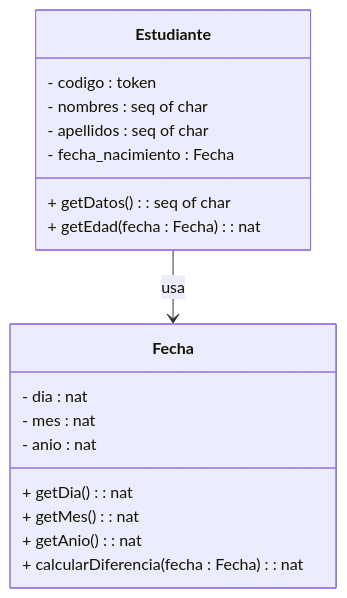
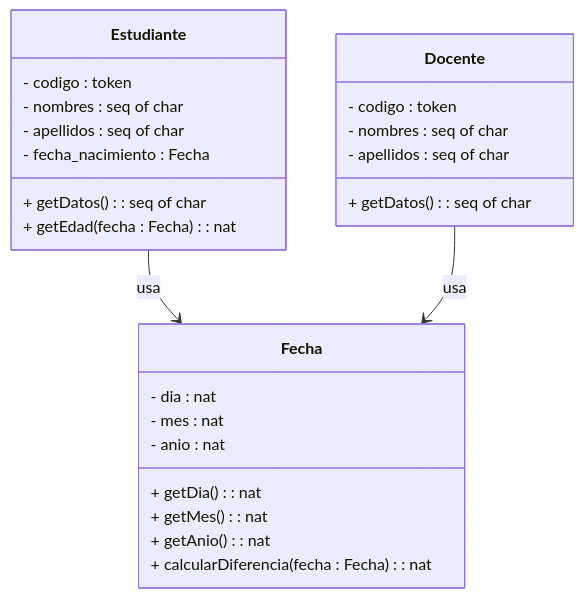
The diagram in VDM++/readme.md (joeCuadros/Sistema_monitoreo), drawn with Mermaid before and after one commit. The commit also changed other lines of this file and 2 other files, not shown here.

Commit message:
feat: test/mejora de la clase Docente

````diff
--- a/VDM++/readme.md
+++ b/VDM++/readme.md
@@ -33,23 +32,31 @@
 ```mermaid
 classDiagram
 class Fecha {
     - dia : nat
     - mes : nat
     - anio : nat
     + getDia() : nat
     + getMes() : nat
     + getAnio() : nat
     + calcularDiferencia(fecha : Fecha) : nat
 }
 
 class Estudiante {
     - codigo : token
     - nombres : seq of char
     - apellidos : seq of char
     - fecha_nacimiento : Fecha
     + getDatos() : seq of char
     + getEdad(fecha : Fecha) : nat
 }
 
+class Docente {
+    - codigo : token
+    - nombres : seq of char
+    - apellidos : seq of char
+    + getDatos() : seq of char
+}
+
 Estudiante --> Fecha : usa
+Docente --> Fecha : usa
 ```
````
